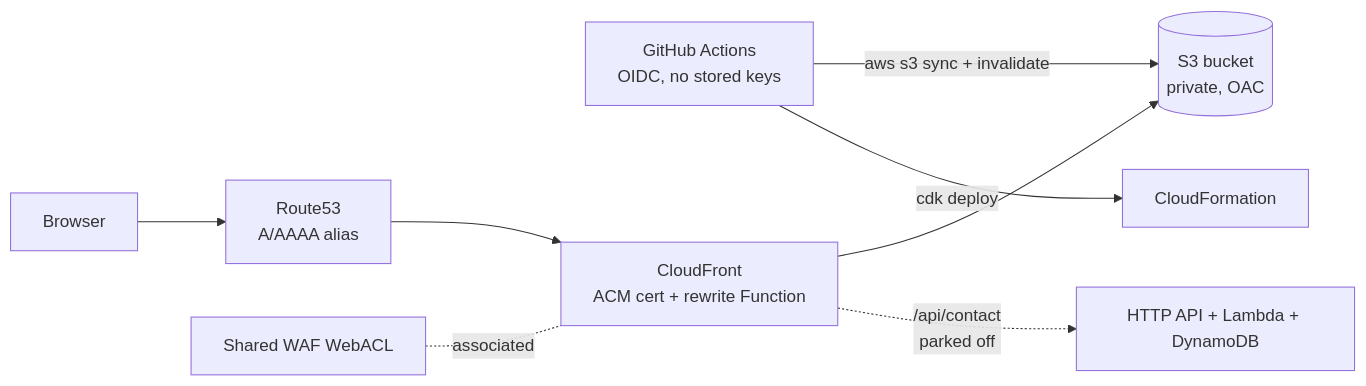
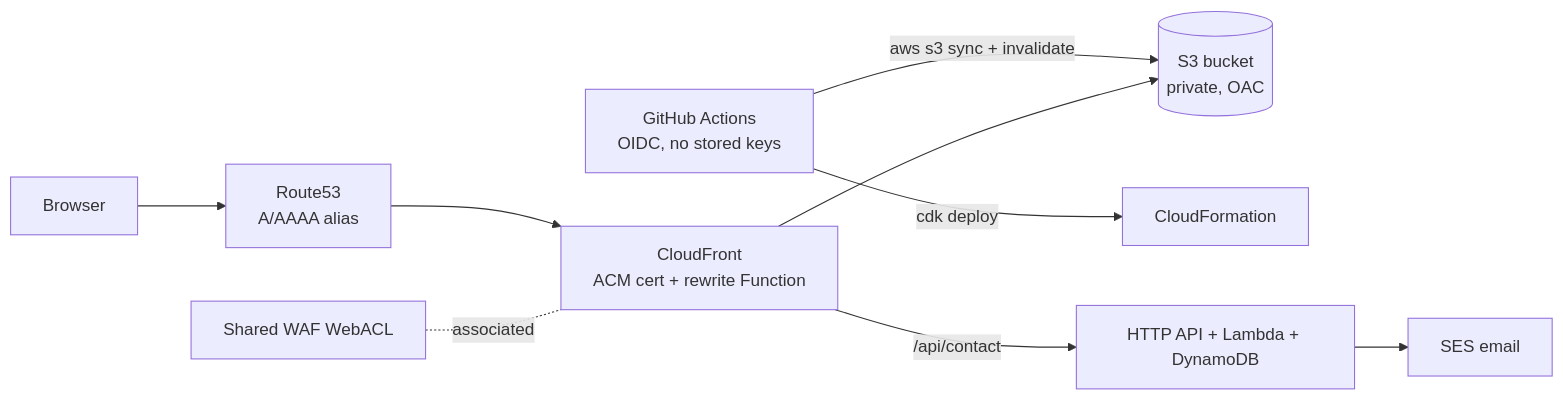
The diagram in README.md (rwaterman/website), drawn with Mermaid before and after one commit. The commit also changed other lines of this file and 4 other files, not shown here.

````diff
--- a/README.md
+++ b/README.md
@@ -82,9 +82,9 @@
 ```mermaid
 flowchart LR
   GH[GitHub Actions<br/>OIDC, no stored keys] -->|aws s3 sync + invalidate| S3[(S3 bucket<br/>private, OAC)]
   GH -->|cdk deploy| CFN[CloudFormation]
   U[Browser] --> R53[Route53<br/>A/AAAA alias] --> CF[CloudFront<br/>ACM cert + rewrite Function]
   CF --> S3
   WAF[Shared WAF WebACL] -.associated.- CF
-  CF -. /api/contact<br/>parked off .-> API[HTTP API + Lambda + DynamoDB]
+  CF -->|/api/contact| API[HTTP API + Lambda + DynamoDB] --> SES[SES email]
 ```
````
